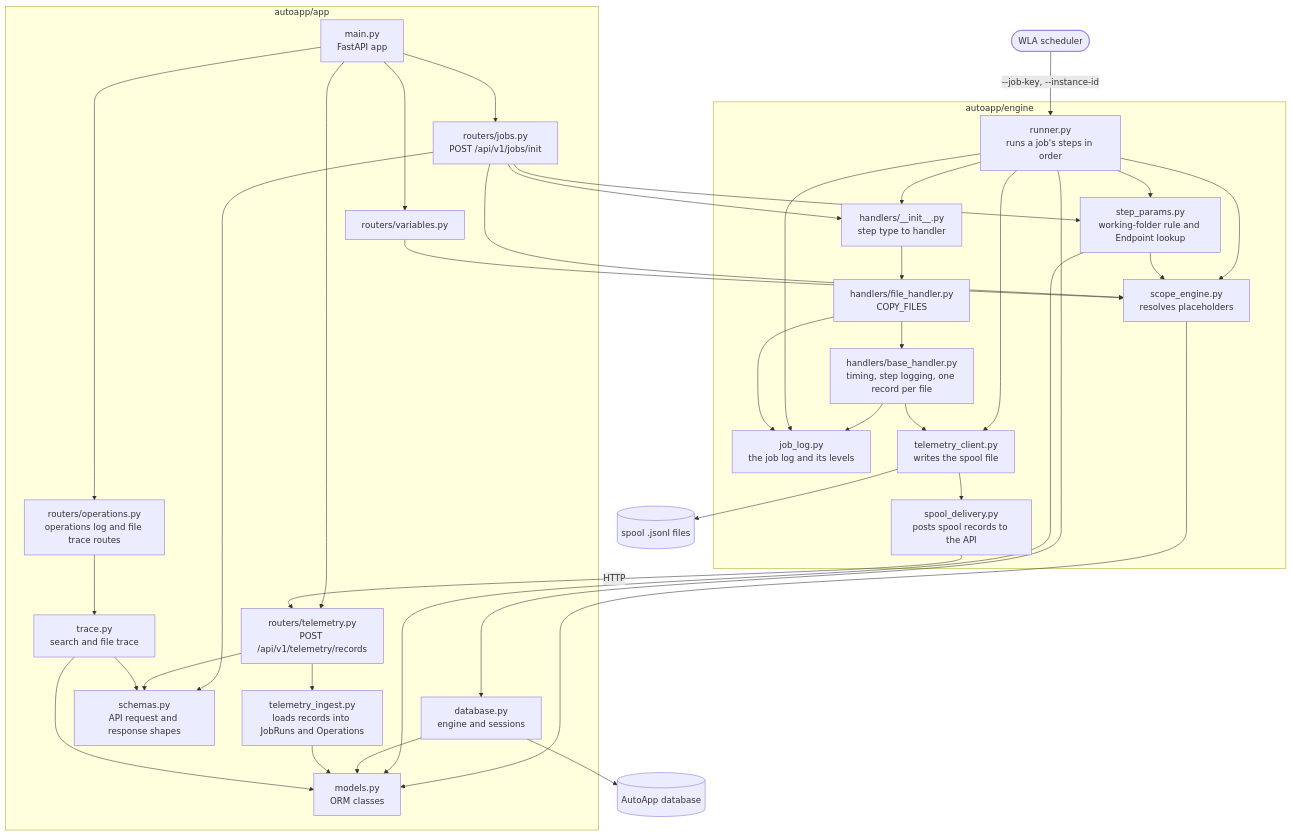
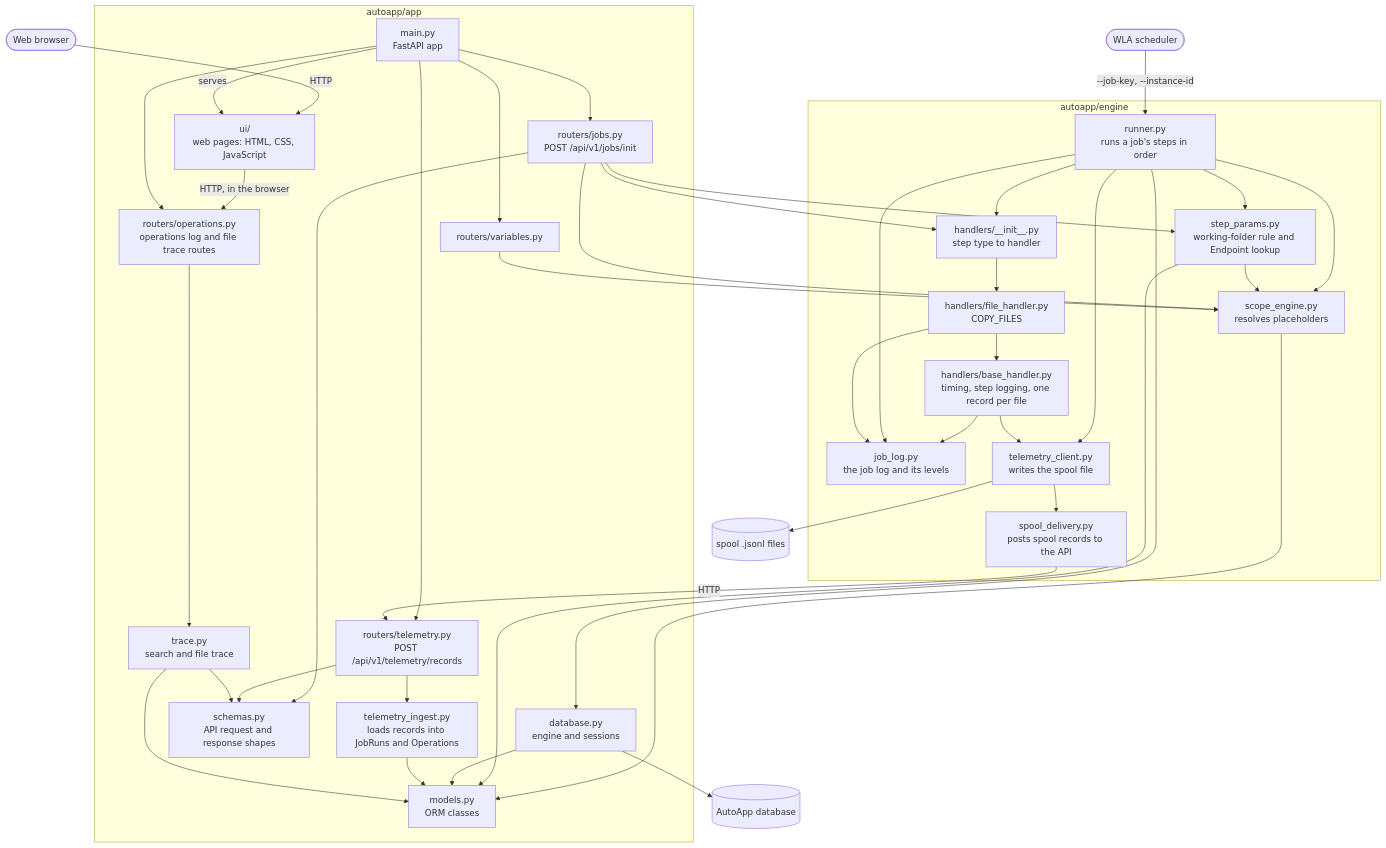
One commit to JayCBoal/AutomationApp changed the third of 3 diagrams in docs/PYTHON_MODEL.md. Above: the diagram before and after it, drawn with Mermaid. The commit also changed 22 other files, not shown here.

First line of the commit message:
Add the web interface: Operations Log page with file trace

````diff
--- a/docs/PYTHON_MODEL.md
+++ b/docs/PYTHON_MODEL.md
@@ -214,66 +214,70 @@
 ```mermaid
 flowchart TD
     scheduler([WLA scheduler]) -->|"--job-key, --instance-id"| runner
+    browser([Web browser]) -->|HTTP| ui
 
     subgraph engine [autoapp/engine]
         runner[runner.py<br/>runs a job's steps in order]
         scope[scope_engine.py<br/>resolves placeholders]
         params[step_params.py<br/>working-folder rule and Endpoint lookup]
         registry[handlers/__init__.py<br/>step type to handler]
         base[handlers/base_handler.py<br/>timing, step logging, one record per file]
         joblog[job_log.py<br/>the job log and its levels]
         file[handlers/file_handler.py<br/>COPY_FILES]
         telemetry[telemetry_client.py<br/>writes the spool file]
         delivery[spool_delivery.py<br/>posts spool records to the API]
     end
 
     subgraph app [autoapp/app]
         models[models.py<br/>ORM classes]
         database[database.py<br/>engine and sessions]
         schemas[schemas.py<br/>API request and response shapes]
         jobs[routers/jobs.py<br/>POST /api/v1/jobs/init]
         variables[routers/variables.py]
         telemetry_api[routers/telemetry.py<br/>POST /api/v1/telemetry/records]
         ingest[telemetry_ingest.py<br/>loads records into JobRuns and Operations]
         operations_api[routers/operations.py<br/>operations log and file trace routes]
         trace[trace.py<br/>search and file trace]
         main[main.py<br/>FastAPI app]
+        ui[ui/<br/>web pages: HTML, CSS, JavaScript]
     end
 
     runner --> scope
     runner --> params
     runner --> registry
     runner --> telemetry
     runner --> database
     params --> scope
     registry --> file
     file --> base
     base --> telemetry
     base --> joblog
     runner --> joblog
     file --> joblog
     telemetry --> delivery
     scope --> models
     params --> models
     database --> models
 
     main --> jobs
     main --> variables
     main --> telemetry_api
+    main -->|serves| ui
+    ui -->|"HTTP, in the browser"| operations_api
     main --> operations_api
     jobs --> scope
     jobs --> params
     jobs --> registry
     jobs --> schemas
     variables --> scope
     telemetry_api --> ingest
     telemetry_api --> schemas
     ingest --> models
     operations_api --> trace
     trace --> models
     trace --> schemas
 
     telemetry --> spool[(spool .jsonl files)]
     delivery -->|HTTP| telemetry_api
     database --> db[(AutoApp database)]
 ```
````
